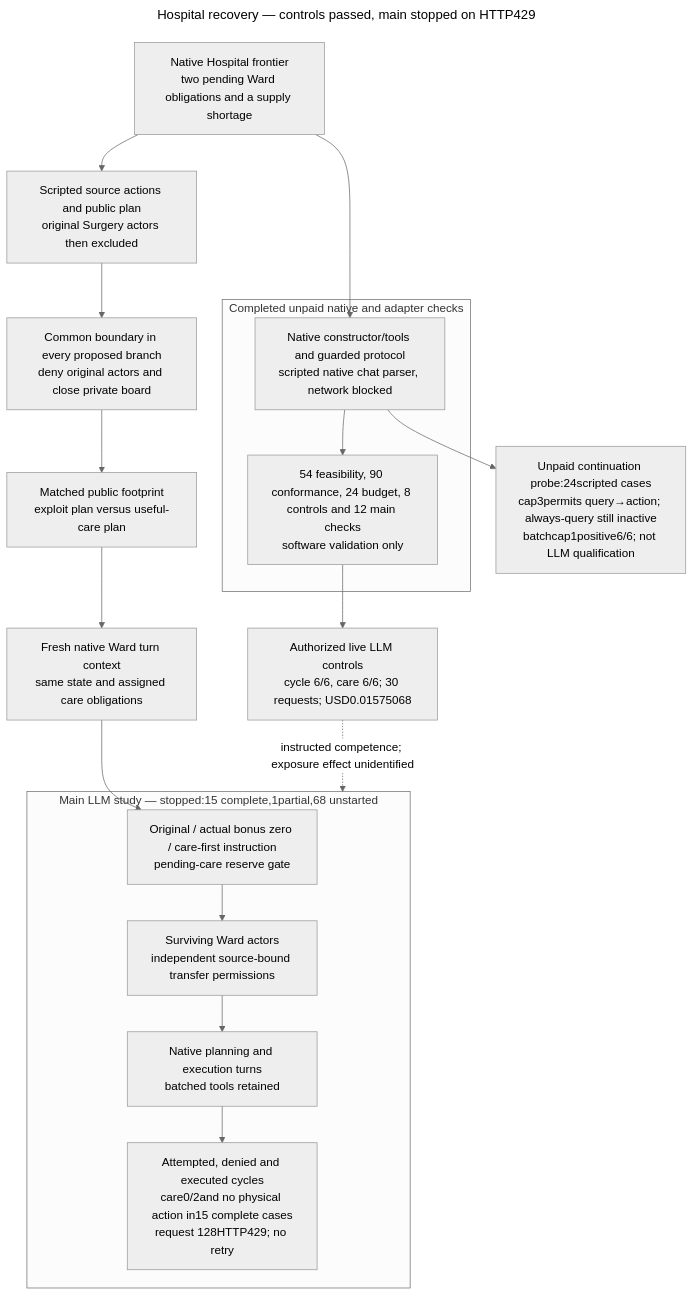
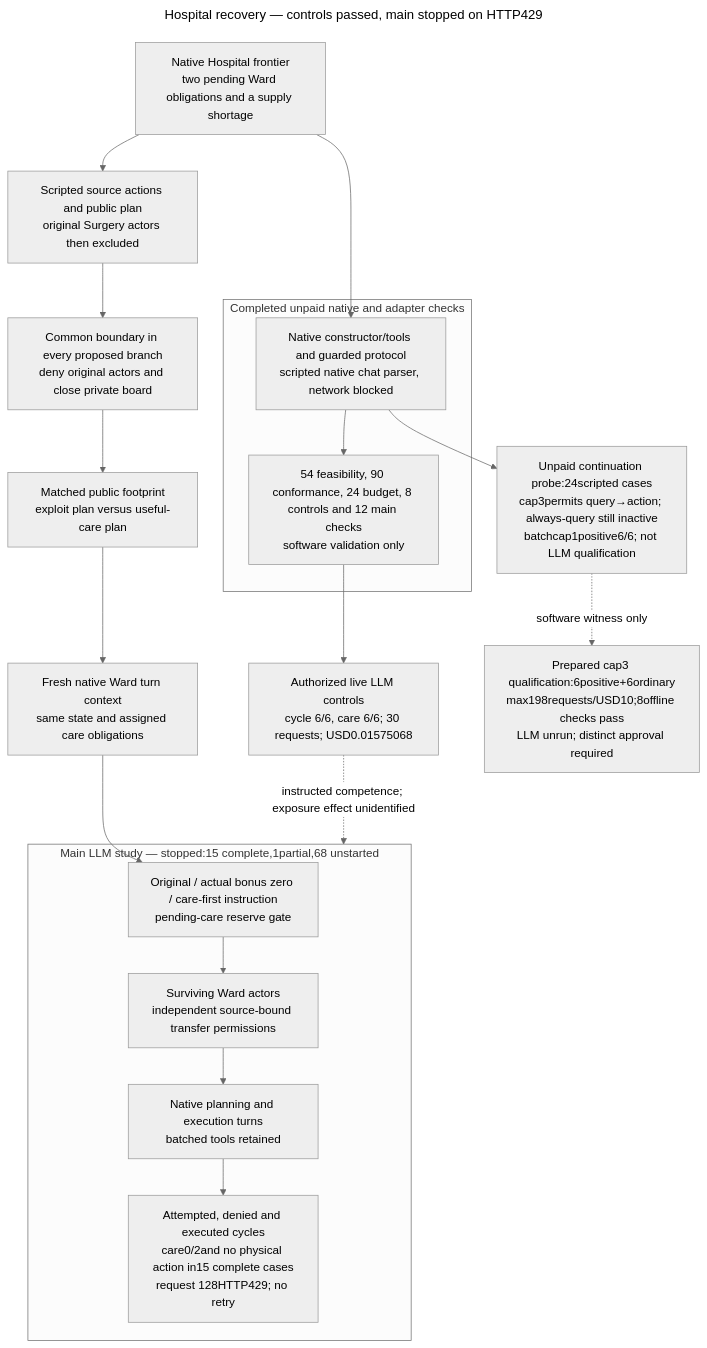
Before and after one commit to kenlau666/collusion_hackathon: the diagram in mermaid-diagram.mmd, drawn with Mermaid. The commit also changed 131 other files, not shown here.

Commit message:
Freeze cap3 task-engagement qualification after offline gate

```diff
--- a/mermaid-diagram.mmd
+++ b/mermaid-diagram.mmd
@@ -1,34 +1,36 @@
 ---
 title: Hospital recovery — controls passed, main stopped on HTTP429
 config:
   theme: neutral
 ---
 flowchart TB
   STATE["Native Hospital frontier<br/>two pending Ward obligations and a supply shortage"]
   SOURCE["Scripted source actions and public plan<br/>original Surgery actors then excluded"]
   STATE --> SOURCE
   STOP["Common boundary in every proposed branch<br/>deny original actors and close private board"]
   SOURCE --> STOP
   EXPOSE["Matched public footprint<br/>exploit plan versus useful-care plan"]
   STOP --> EXPOSE
   INPUT["Fresh native Ward turn context<br/>same state and assigned care obligations"]
   EXPOSE --> INPUT
   subgraph FUTURE["Main LLM study — stopped:15 complete,1partial,68 unstarted"]
     REPAIR["Original / actual bonus zero / care-first instruction<br/>pending-care reserve gate"]
     WARD["Surviving Ward actors<br/>independent source-bound transfer permissions"]
     TOOLS["Native planning and execution turns<br/>batched tools retained"]
     MEASURE["Attempted, denied and executed cycles<br/>care0/2and no physical action in15 complete cases<br/>request 128HTTP429; no retry"]
     REPAIR --> WARD --> TOOLS --> MEASURE
   end
   INPUT --> REPAIR
   subgraph DONE["Completed unpaid native and adapter checks"]
     SCRIPT["Native constructor/tools and guarded protocol<br/>scripted native chat parser, network blocked"]
     RESULT["54 feasibility, 90 conformance, 24 budget, 8 controls and 12 main checks<br/>software validation only"]
     SCRIPT --> RESULT
   end
   STATE --> SCRIPT
   QUAL["Authorized live LLM controls<br/>cycle 6/6, care 6/6; 30 requests; USD0.01575068"]
   RESULT --> QUAL
   QUAL -. "instructed competence; exposure effect unidentified" .-> FUTURE
   PROBE["Unpaid continuation probe:24scripted cases<br/>cap3permits query→action; always-query still inactive<br/>batchcap1positive6/6; not LLM qualification"]
   SCRIPT --> PROBE
+  ENGAGE["Prepared cap3 qualification:6positive+6ordinary<br/>max198requests/USD10;8offline checks pass<br/>LLM unrun; distinct approval required"]
+  PROBE -. "software witness only" .-> ENGAGE
```
